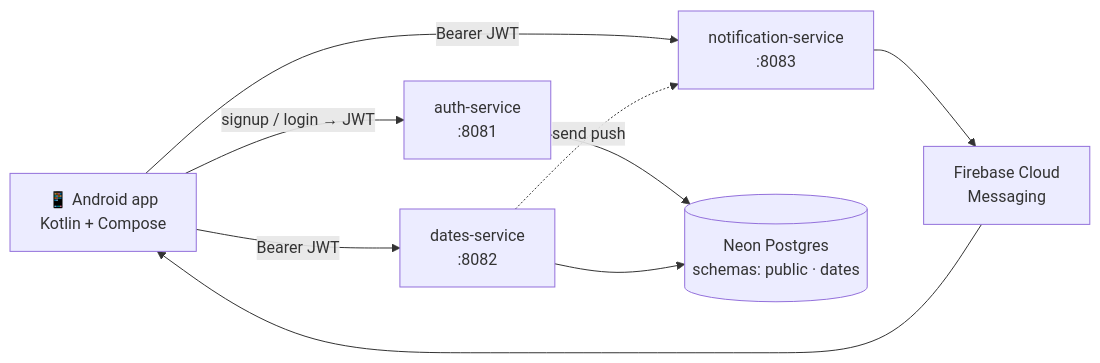
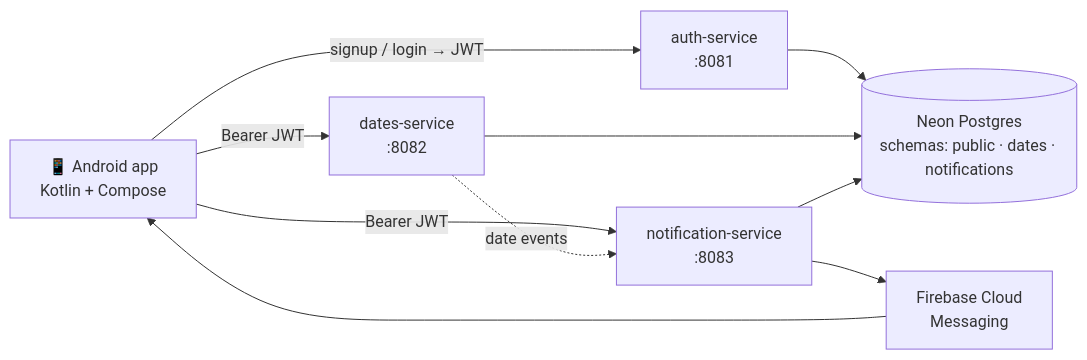
The diagram in README.md (sagnik-11/etoile), drawn with Mermaid before and after one commit. The commit also changed other lines of this file and 22 other files, not shown here.

First line of the commit message:
Add date notifications, love and reminders to notification-service

````diff
--- a/README.md
+++ b/README.md
@@ -57,17 +64,18 @@
 ```mermaid
 flowchart LR
     app["📱 Android app<br/>Kotlin + Compose"]
     auth["auth-service<br/>:8081"]
     dates["dates-service<br/>:8082"]
     notif["notification-service<br/>:8083"]
     fcm["Firebase Cloud<br/>Messaging"]
-    db[("Neon Postgres<br/>schemas: public · dates")]
+    db[("Neon Postgres<br/>schemas: public · dates · notifications")]
 
     app -- "signup / login → JWT" --> auth
     app -- "Bearer JWT" --> dates
     app -- "Bearer JWT" --> notif
-    dates -. "send push" .-> notif
+    dates -. "date events" .-> notif
     notif --> fcm --> app
     auth --> db
     dates --> db
+    notif --> db
 ```
````
